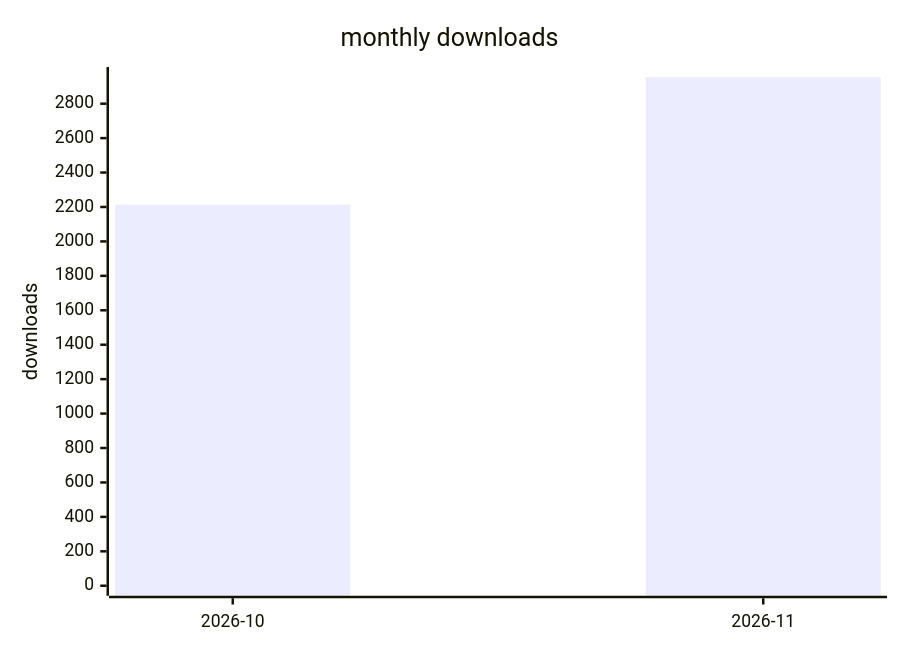
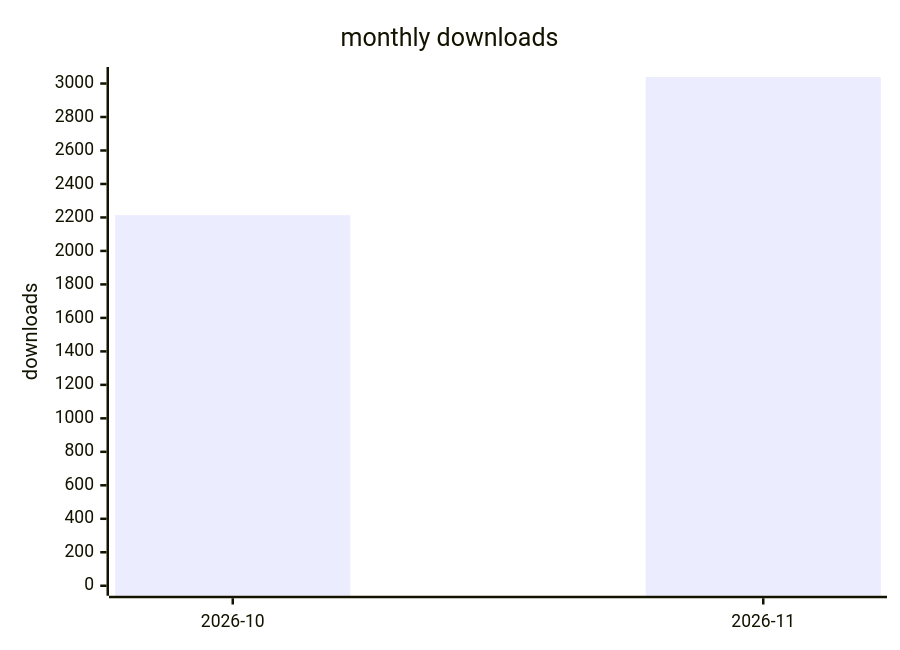
One commit to terry2010/dsh-rss-news-daily changed the second of 2 diagrams in docs/downloads-2026.md. Above: the diagram before and after it, drawn with Mermaid. The commit also changed other lines of this file and 1 other file, not shown here.

````diff
--- a/docs/downloads-2026.md
+++ b/docs/downloads-2026.md
@@ -29,7 +29,7 @@
 ```mermaid
 xychart-beta
     title "monthly downloads"
     x-axis ["2026-10", "2026-11"]
-    y-axis "downloads" 0 --> 2955
-    bar [2214, 2955]
+    y-axis "downloads" 0 --> 3039
+    bar [2214, 3039]
 ```
````
